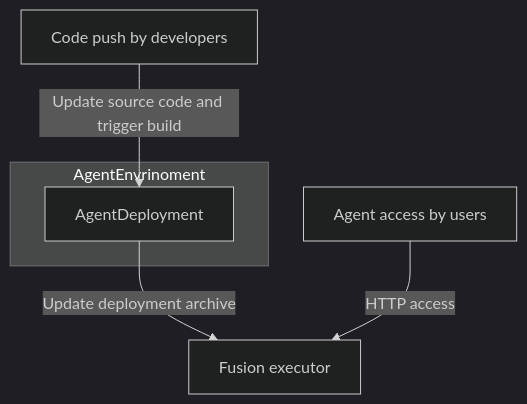
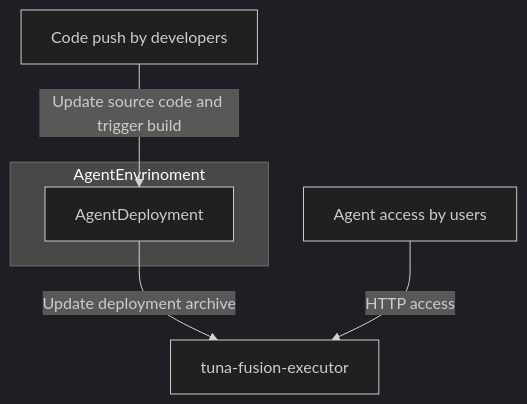
Before and after one commit to tuna-headquater/tuna-fusion: the diagram in docs/concepts.md, drawn with Mermaid (dark theme). The commit also changed other lines of this file and 3 other files, not shown here.

````diff
--- a/docs/concepts.md
+++ b/docs/concepts.md
@@ -5,16 +5,16 @@
 ``` mermaid
 
 flowchart TB
     id1[Code push by developers]
     id2[Agent access by users]
-    id3[Fusion executor]
+    id3[tuna-fusion-executor]
     id4[AgentDeployment]
     
     subgraph "AgentEnvrinoment"
     id4
     end
     
     id1--"Update source code and trigger build"-->id4
     id4--"Update deployment archive"-->id3
     id2 --"HTTP access"--> id3
 ```
````
